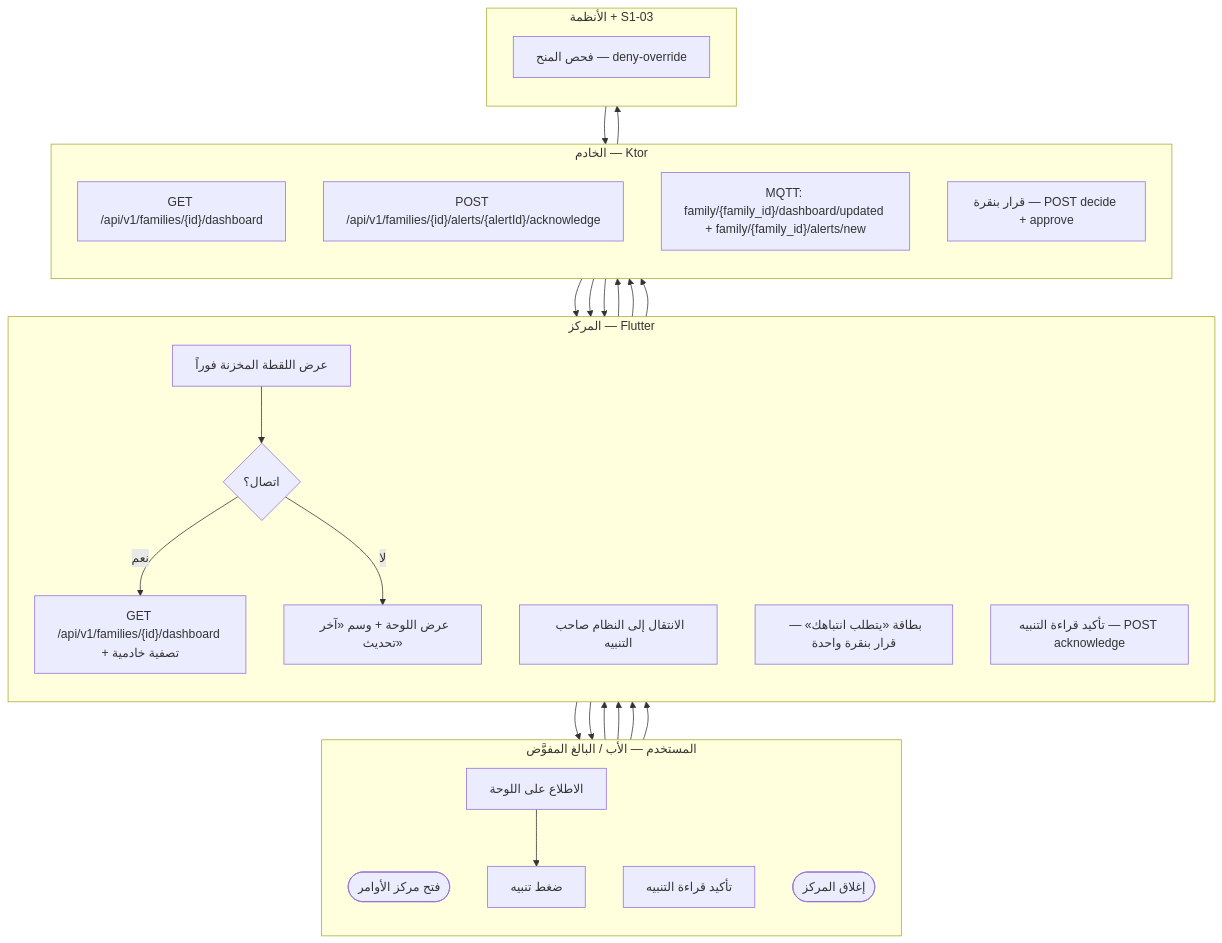
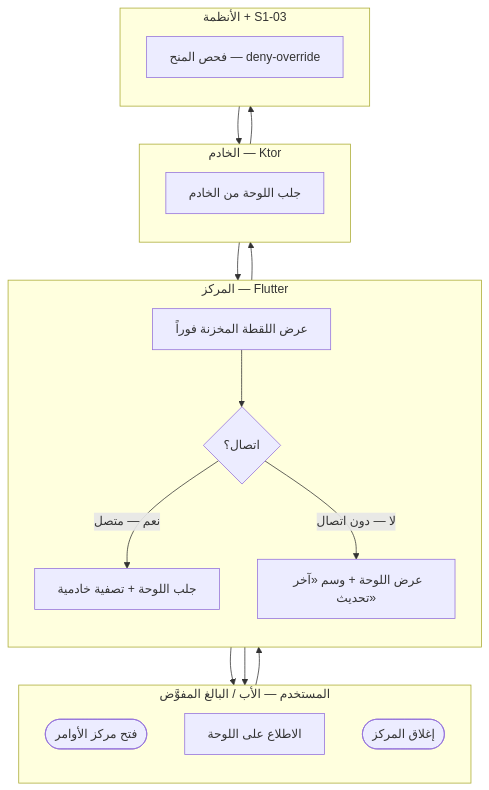
Before and after one commit to Bassam-mohammed-alqaeadi/family-os-v2: diagram 26 of 33 in docs/family-os/governance/phases/phase-1/S1-09-command-center-and-settings/DIAGRAMS.md, drawn with Mermaid. The commit also changed other lines of this file, not shown here.

````diff
--- a/docs/family-os/governance/phases/phase-1/S1-09-command-center-and-settings/DIAGRAMS.md
+++ b/docs/family-os/governance/phases/phase-1/S1-09-command-center-and-settings/DIAGRAMS.md
@@ -641,51 +870,34 @@
 ```mermaid
 flowchart TD
     subgraph User [المستخدم — الأب / البالغ المفوَّض]
         direction TB
         U1([فتح مركز الأوامر])
         U2[الاطلاع على اللوحة]
-        U3[ضغط تنبيه]
-        U8[تأكيد قراءة التنبيه]
         U7([إغلاق المركز])
     end
     subgraph Hub [المركز — Flutter]
         direction TB
         H1[عرض اللقطة المخزنة فوراً]
         H2{اتصال؟}
-        H3["GET /api/v1/families/{id}/dashboard + تصفية خادمية"]
+        H3[جلب اللوحة + تصفية خادمية]
         H4["عرض اللوحة + وسم «آخر تحديث»"]
-        H5[الانتقال إلى النظام صاحب التنبيه]
-        H10["بطاقة «يتطلب انتباهك» — قرار بنقرة واحدة"]
-        H12[تأكيد قراءة التنبيه — POST acknowledge]
     end
     subgraph Server [الخادم — Ktor]
         direction TB
-        V1["GET /api/v1/families/{id}/dashboard"]
-        V3["POST /api/v1/families/{id}/alerts/{alertId}/acknowledge"]
-        V5["MQTT: family/{family_id}/dashboard/updated + family/{family_id}/alerts/new"]
-        V6[قرار بنقرة — POST decide + approve]
+        V1[جلب اللوحة من الخادم]
     end
     subgraph Systems [الأنظمة + S1-03]
         direction TB
         G1[فحص المنح — deny-override]
     end
-
     U1 --> H1
     H1 --> H2
-    H2 -->|نعم| H3
-    H2 -->|لا| H4
+    H2 -->|نعم — متصل| H3
+    H2 -->|لا — دون اتصال| H4
     H3 --> V1
     V1 --> G1
     G1 --> V1
     V1 --> H4
     H4 --> U2
     H4 --> U7
-    V5 --> H4
-    U2 --> U3
-    U3 --> H5
-    U8 --> H12
-    H12 --> V3
-    U2 --> H10
-    H10 --> V6
-    V6 --> H4
 ```
````
